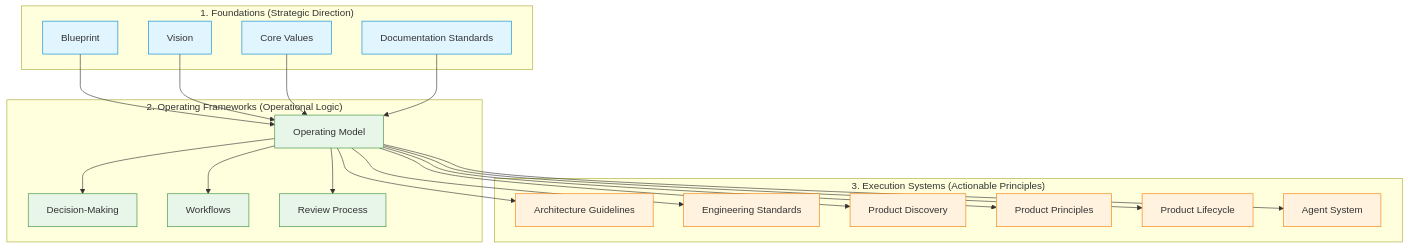
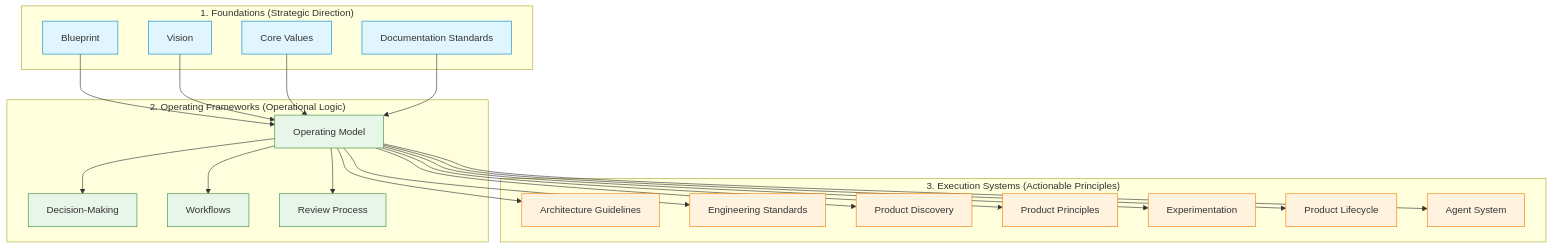
Before and after one commit to vectorlabs-studio/vectorlabs-studio: the diagram in docs/README.md, drawn with Mermaid. The commit also changed other lines of this file, not shown here.

Commit message:
docs: include EXPERIMENTATION.md in handbook README

````diff
--- a/docs/README.md
+++ b/docs/README.md
@@ -23,44 +23,46 @@
 ```mermaid
 graph TD
     classDef default fill:#f9f9f9,stroke:#333,stroke-width:1px;
     classDef foundation fill:#e1f5fe,stroke:#0288d1,stroke-width:1px;
     classDef framework fill:#e8f5e9,stroke:#388e3c,stroke-width:1px;
     classDef execution fill:#fff3e0,stroke:#f57c00,stroke-width:1px;
 
     subgraph Foundations ["1. Foundations (Strategic Direction)"]
         blueprint["Blueprint"]:::foundation
         vision["Vision"]:::foundation
         values["Core Values"]:::foundation
         doc_standards["Documentation Standards"]:::foundation
     end
 
     subgraph Frameworks ["2. Operating Frameworks (Operational Logic)"]
         op_model["Operating Model"]:::framework
         dec_making["Decision-Making"]:::framework
         workflows["Workflows"]:::framework
         review["Review Process"]:::framework
     end
 
     subgraph Execution ["3. Execution Systems (Actionable Principles)"]
         architecture["Architecture Guidelines"]:::execution
         eng_standards["Engineering Standards"]:::execution
         prod_discovery["Product Discovery"]:::execution
         prod_principles["Product Principles"]:::execution
+        experimentation["Experimentation"]:::execution
         lifecycle["Product Lifecycle"]:::execution
         agents["Agent System"]:::execution
     end
 
     blueprint --> op_model
     vision --> op_model
     values --> op_model
     doc_standards --> op_model
     op_model --> dec_making
     op_model --> workflows
     op_model --> review
     op_model --> architecture
     op_model --> eng_standards
     op_model --> prod_discovery
     op_model --> prod_principles
+    op_model --> experimentation
     op_model --> lifecycle
     op_model --> agents
 ```
````
